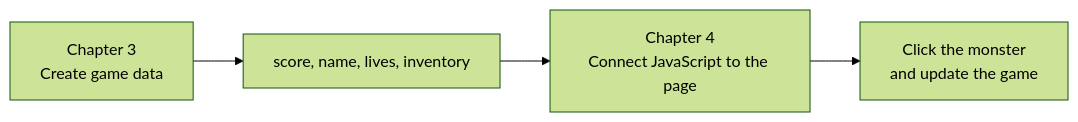
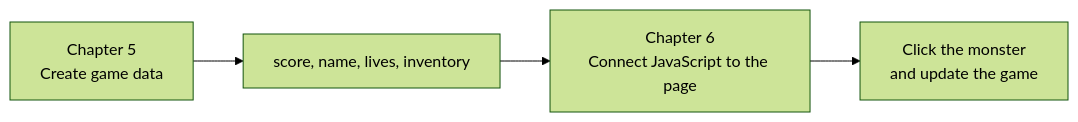
Before and after one commit to hungfuc/js_game_for_kids: diagram 12 of 36 in Quarto_Doc/single-file/book.qmd, drawn with Mermaid (forest theme). The commit also changed other lines of this file and 134 other files, not shown here.

````diff
--- a/Quarto_Doc/single-file/book.qmd
+++ b/Quarto_Doc/single-file/book.qmd
@@ -1854,6 +1432,6 @@
 ```{mermaid}
 flowchart LR
-    A[Chapter 3<br/>Create game data] --> B[score, name, lives, inventory]
-    B --> C[Chapter 4<br/>Connect JavaScript to the page]
+    A[Chapter 5<br/>Create game data] --> B[score, name, lives, inventory]
+    B --> C[Chapter 6<br/>Connect JavaScript to the page]
     C --> D[Click the monster<br/>and update the game]
 ```
````
